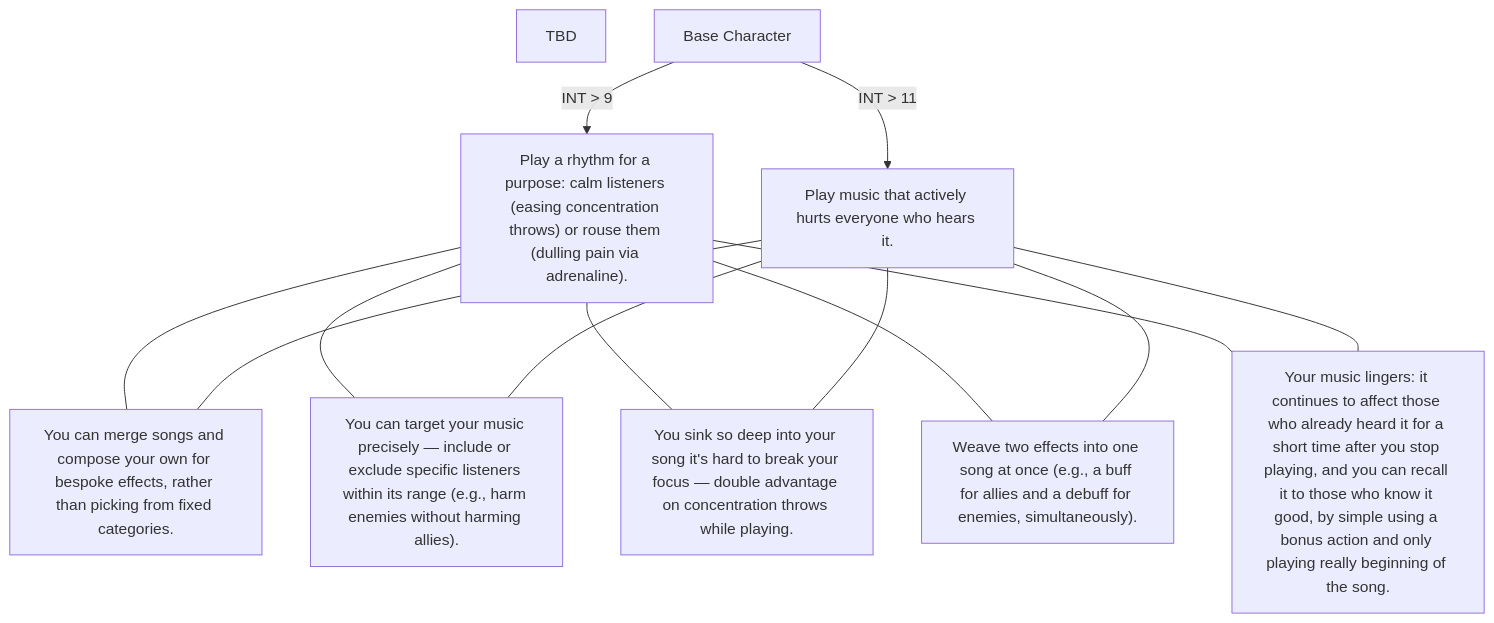
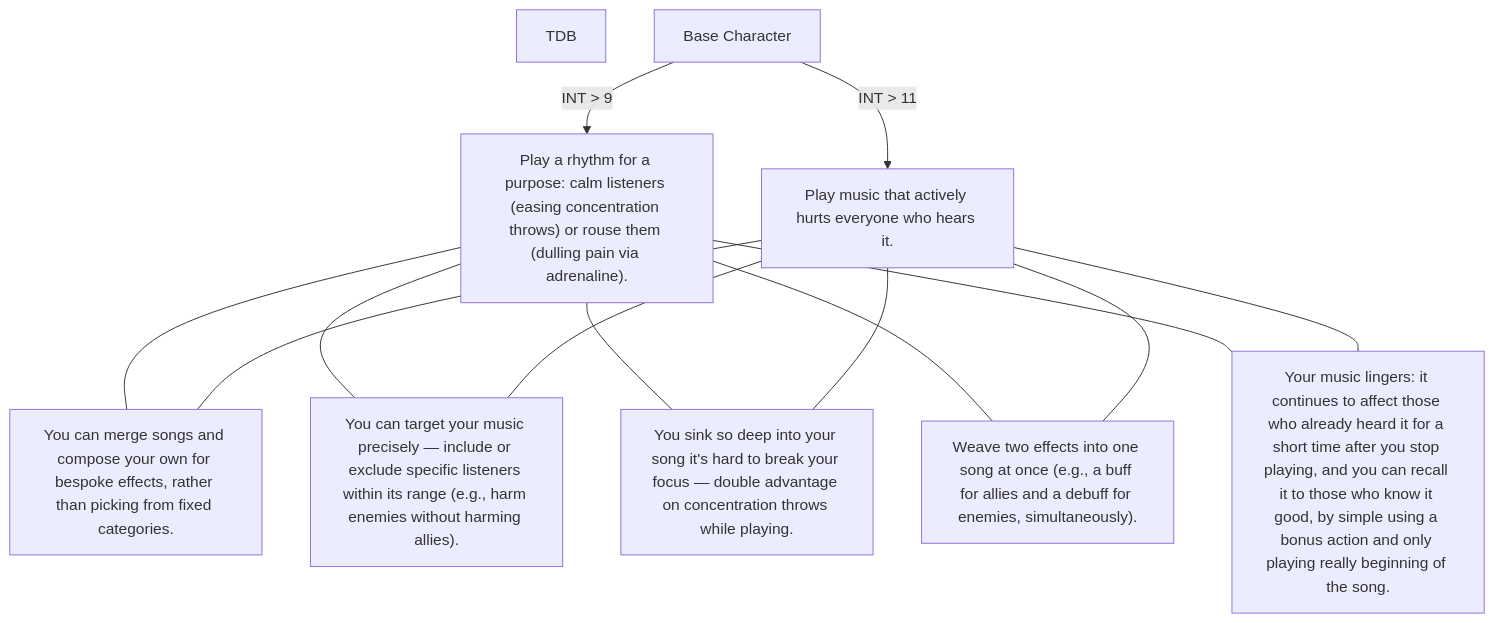
One commit to WiIdNeo/DnD changed the fourth of 28 diagrams in Classes and Races/Classes/Class-Handbook.md. Above: the diagram before and after it, drawn with Mermaid. The commit also changed other lines of this file, not shown here.

````diff
--- a/Classes and Races/Classes/Class-Handbook.md
+++ b/Classes and Races/Classes/Class-Handbook.md
@@ -105,25 +105,25 @@
 ```mermaid
 flowchart TD
 
 A[Base Character]
 
 1["Play a rhythm for a purpose: calm listeners (easing concentration throws) or rouse them (dulling pain via adrenaline)."]
 2["Play music that actively hurts everyone who hears it."]
-3["TBD"]
+3["TDB"]
 4["You can merge songs and compose your own for bespoke effects, rather than picking from fixed categories."]
 5["You can target your music precisely — include or exclude specific listeners within its range (e.g., harm enemies without harming allies)."]
 6["You sink so deep into your song it's hard to break your focus — double advantage on concentration throws while playing."]
 7["Weave two effects into one song at once (e.g., a buff for allies and a debuff for enemies, simultaneously)."]
 8["Your music lingers: it continues to affect those who already heard it for a short time after you stop playing, and you can recall it to those who know it good, by simple using a bonus action and only playing really beginning of the song."]
 
 A --> |INT > 9| 1  --- 4 
 A --> |INT > 11| 2 --- 4
 1 --- 5
 2 --- 5
 1 --- 6
 2 --- 6
 1 --- 7
 2 --- 7
 1 --- 8
 2 --- 8
 ```
````
